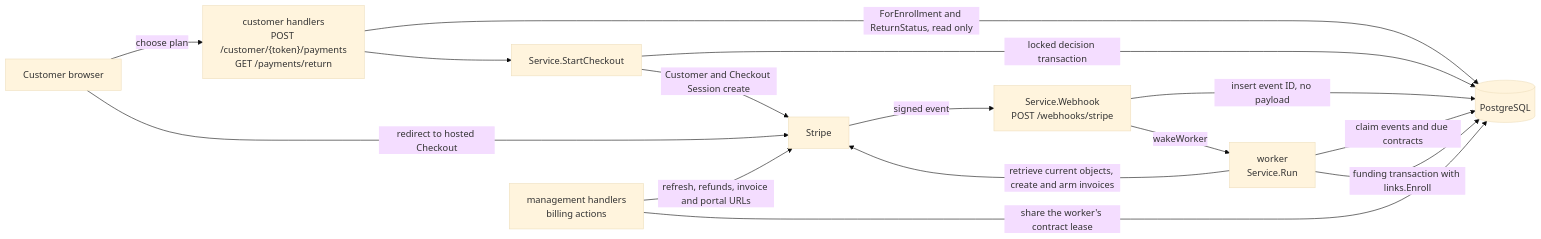
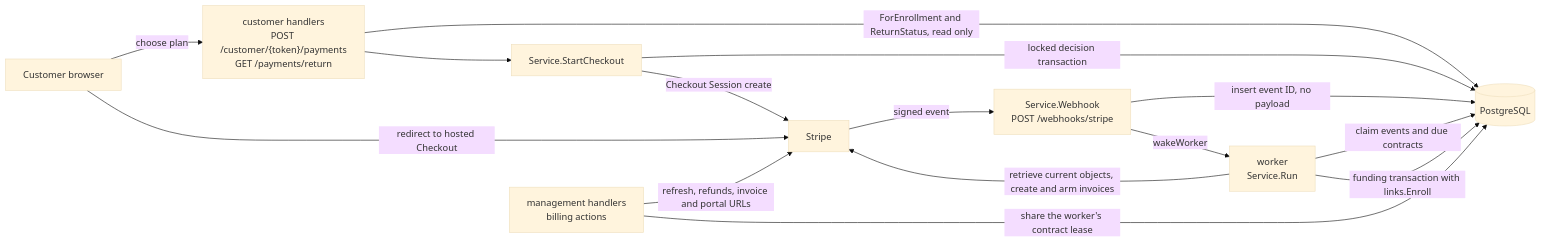
One commit to devGabriel131/ProjectHermes changed the diagram in docs/billing/overview.md. Above: the diagram before and after it, drawn with Mermaid (base theme). The commit also changed other lines of this file and 38 other files, not shown here.

Commit message:
refactor(billing): let Checkout create the Customer and keep the checkout decision DB-only

````diff
--- a/docs/billing/overview.md
+++ b/docs/billing/overview.md
@@ -27,26 +27,26 @@
 ```mermaid
 flowchart LR
   customer["Customer browser"]
   handlers["customer handlers\nPOST /customer/{token}/payments\nGET /payments/return"]
   start["Service.StartCheckout"]
   staff["management handlers\nbilling actions"]
   webhook["Service.Webhook\nPOST /webhooks/stripe"]
   worker["worker\nService.Run"]
   db[("PostgreSQL")]
   stripe["Stripe"]
 
   customer -->|"choose plan"| handlers
   handlers --> start
   handlers -->|"ForEnrollment and ReturnStatus, read only"| db
   start -->|"locked decision transaction"| db
-  start -->|"Customer and Checkout Session create"| stripe
+  start -->|"Checkout Session create"| stripe
   customer -->|"redirect to hosted Checkout"| stripe
   stripe -->|"signed event"| webhook
   webhook -->|"insert event ID, no payload"| db
   webhook -->|"wakeWorker"| worker
   worker -->|"claim events and due contracts"| db
   worker -->|"retrieve current objects, create and arm invoices"| stripe
   worker -->|"funding transaction with links.Enroll"| db
   staff -->|"share the worker's contract lease"| db
   staff -->|"refresh, refunds, invoice and portal URLs"| stripe
 ```
````
